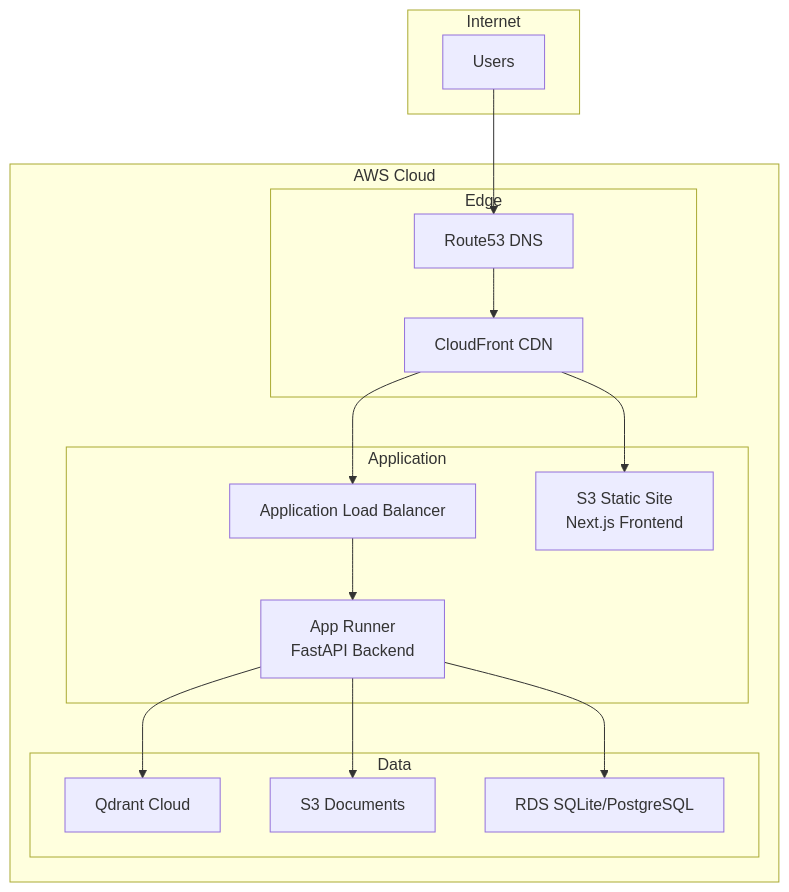
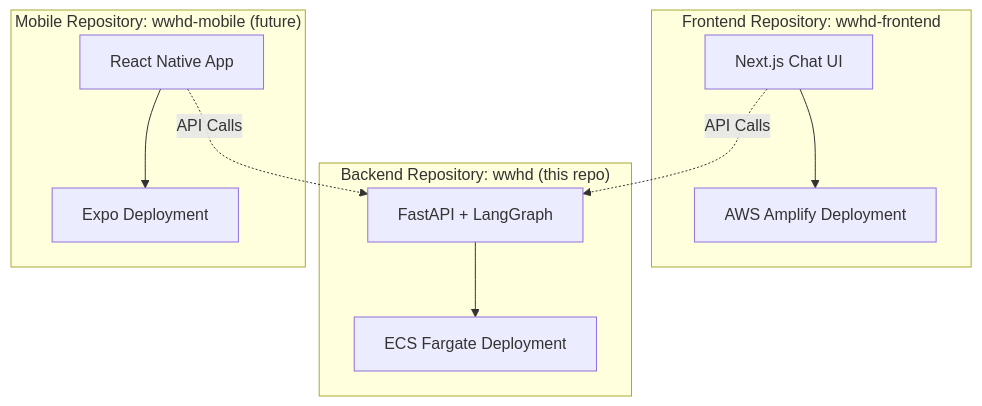
One commit to wbaxterh/wwhd changed the fifth of 8 diagrams in ARCHITECTURE.md. Above: the diagram before and after it, drawn with Mermaid. The commit also changed other lines of this file and 7 other files, not shown here.

````diff
--- a/ARCHITECTURE.md
+++ b/ARCHITECTURE.md
@@ -233,34 +233,24 @@
 ```mermaid
 graph TB
-    subgraph "Internet"
-        Users[Users]
+    subgraph "Frontend Repository: wwhd-frontend"
+        NextJS[Next.js Chat UI]
+        Amplify[AWS Amplify Deployment]
     end
 
-    subgraph "AWS Cloud"
-        subgraph "Edge"
-            CF[CloudFront CDN]
-            R53[Route53 DNS]
-        end
-
-        subgraph "Application"
-            ALB[Application Load Balancer]
-            AR[App Runner<br/>FastAPI Backend]
-            S3Web[S3 Static Site<br/>Next.js Frontend]
-        end
-
-        subgraph "Data"
-            QC[Qdrant Cloud]
-            S3Doc[S3 Documents]
-            RDS[RDS SQLite/PostgreSQL]
-        end
+    subgraph "Backend Repository: wwhd (this repo)"
+        FastAPI[FastAPI + LangGraph]
+        ECS[ECS Fargate Deployment]
     end
 
-    Users --> R53
-    R53 --> CF
-    CF --> S3Web
-    CF --> ALB
-    ALB --> AR
-    AR --> QC
-    AR --> S3Doc
-    AR --> RDS
+    subgraph "Mobile Repository: wwhd-mobile (future)"
+        RN[React Native App]
+        Expo[Expo Deployment]
+    end
+
+    NextJS --> Amplify
+    FastAPI --> ECS
+    RN --> Expo
+
+    NextJS -.->|API Calls| FastAPI
+    RN -.->|API Calls| FastAPI
 ```
````
